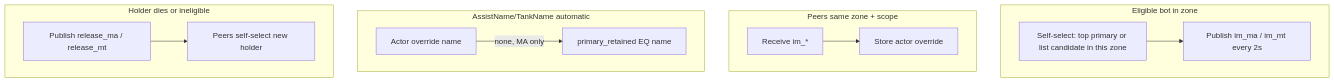
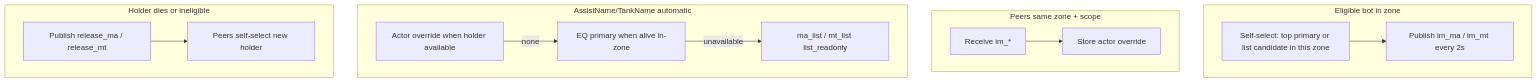
The diagram in docs/automatic-ma-mt-selection.md (Cezero/czbot), drawn with Mermaid before and after one commit. The commit also changed other lines of this file and 4 other files, not shown here.

````diff
--- a/docs/automatic-ma-mt-selection.md
+++ b/docs/automatic-ma-mt-selection.md
@@ -53,17 +54,19 @@
 ```mermaid
 flowchart TD
     subgraph claim [Eligible bot in zone]
         C1[Self-select: top primary or list candidate in this zone]
         C1 --> C2[Publish im_ma / im_mt every 2s]
     end
     subgraph peers [Peers same zone + scope]
         P1[Receive im_*] --> P2[Store actor override]
     end
     subgraph resolve [AssistName/TankName automatic]
-        R1[Actor override name] -->|none, MA only| R2[primary_retained EQ name]
+        R1[Actor override when holder available]
+        R1 -->|none| R2[EQ primary when alive in-zone]
+        R2 -->|unavailable| R3[ma_list / mt_list list_readonly]
     end
     subgraph release [Holder dies or ineligible]
         X1[Publish release_ma / release_mt]
         X1 --> X2[Peers self-select new holder]
     end
 ```
````
